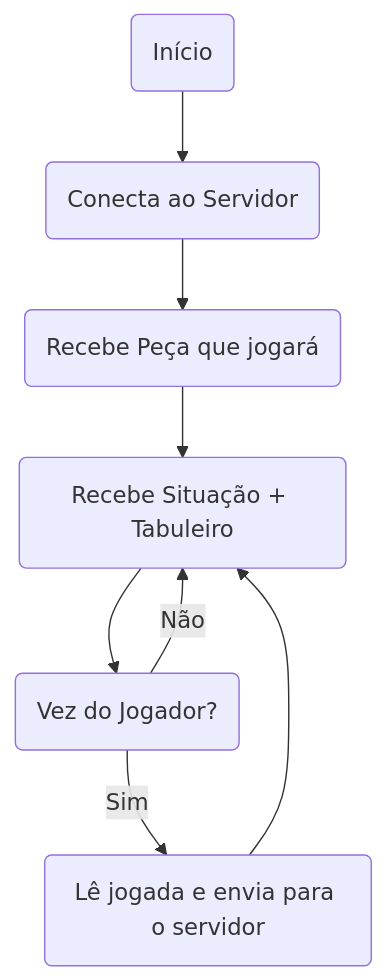
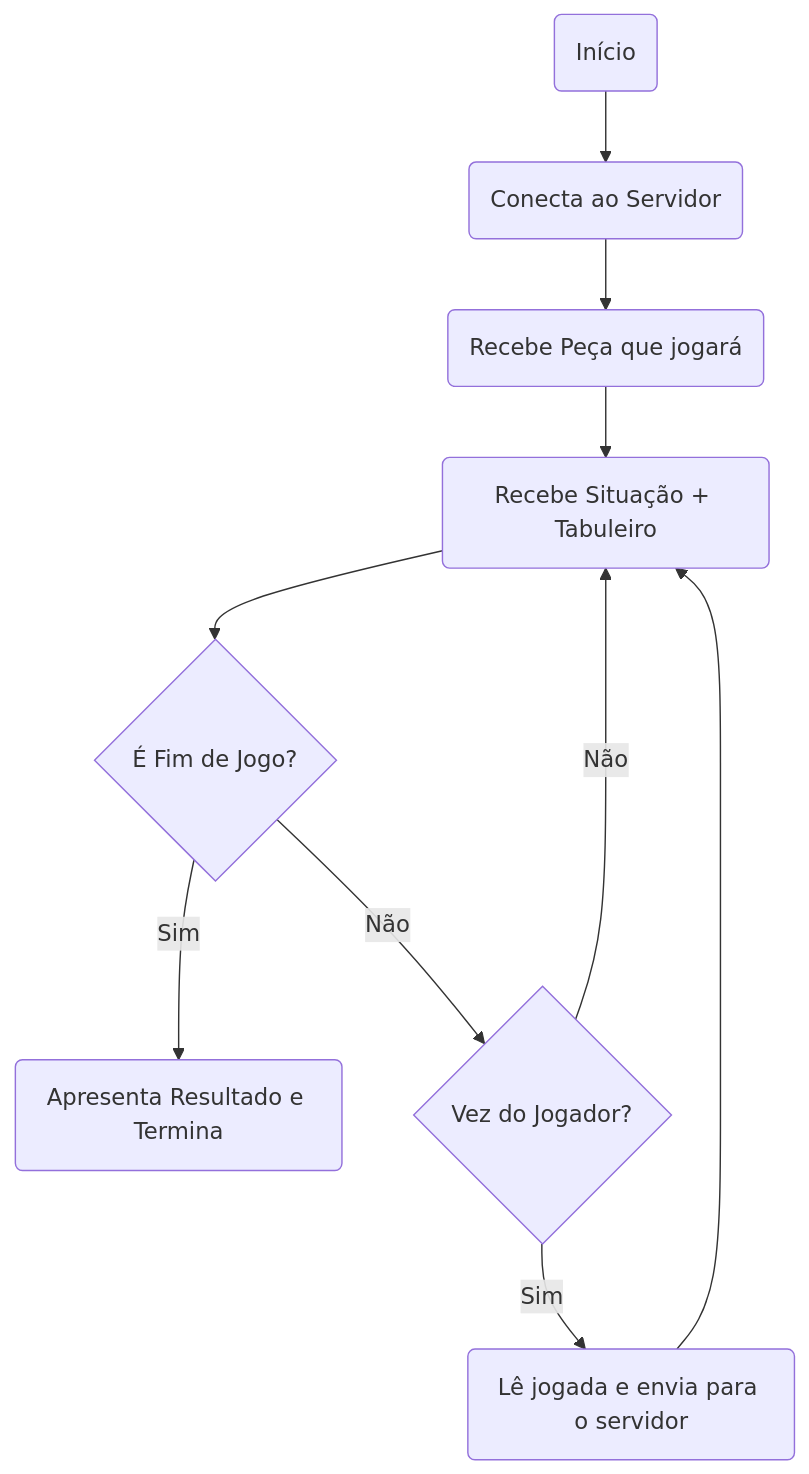
One commit to lupamedeiros/pjd_redes changed the diagram in source/project_03/README.md. Above: the diagram before and after it, drawn with Mermaid.

````diff
--- a/source/project_03/README.md
+++ b/source/project_03/README.md
@@ -6,11 +6,13 @@
 ```mermaid
 graph TD;
     I(Início) --> C(Conecta ao Servidor)
     C --> R(Recebe Peça que jogará)
     R --> V(Recebe Situação + Tabuleiro)
-    V --> J(Vez do Jogador?)
+    V --> F{É Fim de Jogo?}
+    F -- Sim --> T(Apresenta Resultado e Termina)
+    F -- Não --> J{Vez do Jogador?}
     J -- Sim --> L(Lê jogada e envia para o servidor)
     L --> V
     J -- Não --> V
 
 ```
````
